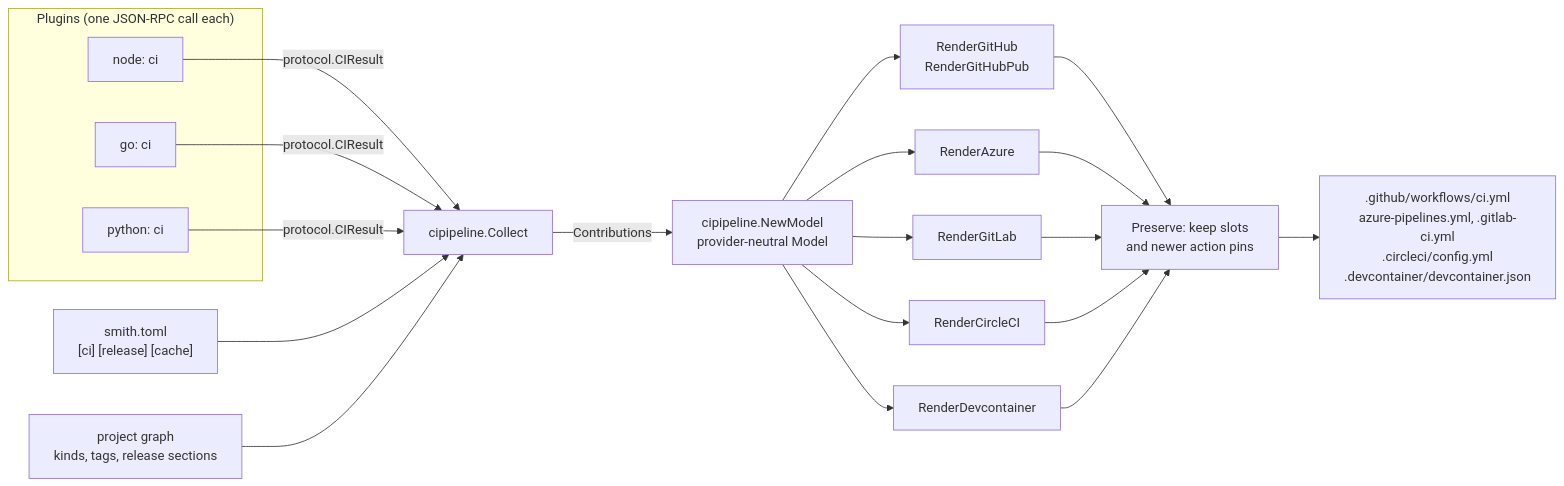
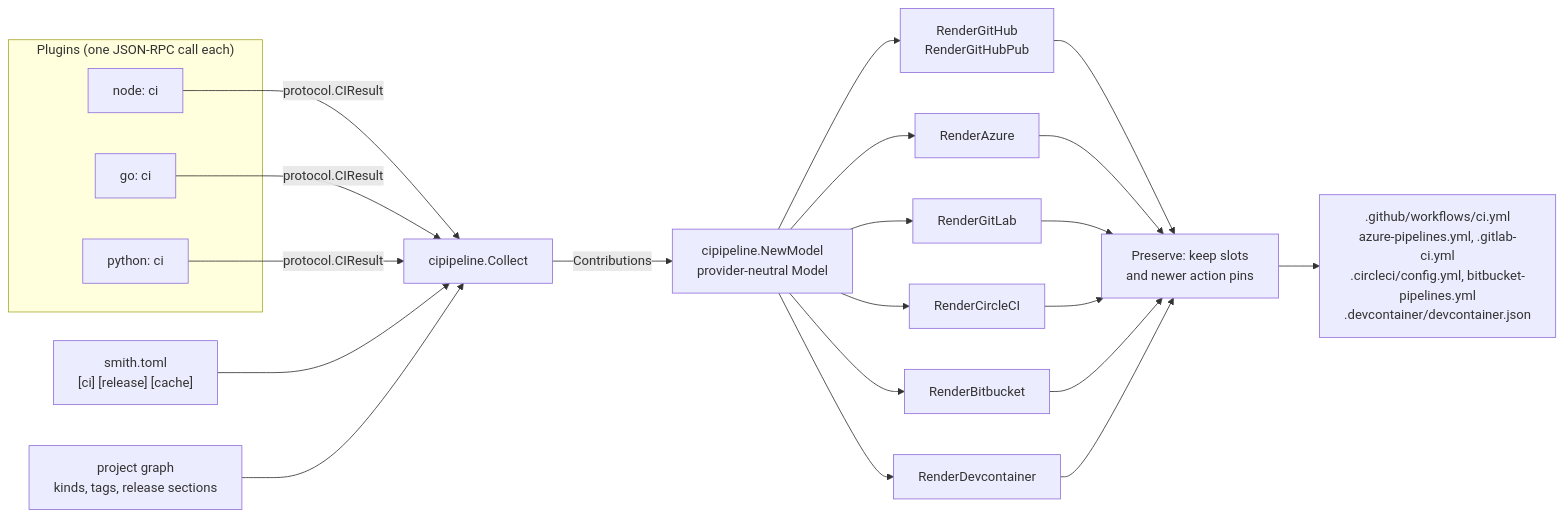
One commit to monosmith-app/monosmith changed the first of 2 diagrams in docs/architecture/ci-generation.md. Above: the diagram before and after it, drawn with Mermaid. The commit also changed other lines of this file and 7 other files, not shown here.

First line of the commit message:
docs(ci): document the Bitbucket Pipelines provider and its limits

````diff
--- a/docs/architecture/ci-generation.md
+++ b/docs/architecture/ci-generation.md
@@ -21,19 +21,20 @@
 ```mermaid
 flowchart LR
   subgraph plugins["Plugins (one JSON-RPC call each)"]
     p1["node: ci"]
     p2["go: ci"]
     p3["python: ci"]
   end
   p1 & p2 & p3 -->|"protocol.CIResult"| collect["cipipeline.Collect"]
   cfg["smith.toml<br/>[ci] [release] [cache]"] --> collect
   pgraph["project graph<br/>kinds, tags, release sections"] --> collect
   collect -->|"Contributions"| model["cipipeline.NewModel<br/>provider-neutral Model"]
   model --> gh["RenderGitHub<br/>RenderGitHubPub"]
   model --> az["RenderAzure"]
   model --> gl["RenderGitLab"]
   model --> cc["RenderCircleCI"]
+  model --> bb["RenderBitbucket"]
   model --> dc["RenderDevcontainer"]
-  gh & az & gl & cc & dc --> keep["Preserve: keep slots<br/>and newer action pins"]
-  keep --> files[".github/workflows/ci.yml<br/>azure-pipelines.yml, .gitlab-ci.yml<br/>.circleci/config.yml<br/>.devcontainer/devcontainer.json"]
+  gh & az & gl & cc & bb & dc --> keep["Preserve: keep slots<br/>and newer action pins"]
+  keep --> files[".github/workflows/ci.yml<br/>azure-pipelines.yml, .gitlab-ci.yml<br/>.circleci/config.yml, bitbucket-pipelines.yml<br/>.devcontainer/devcontainer.json"]
 ```
````
